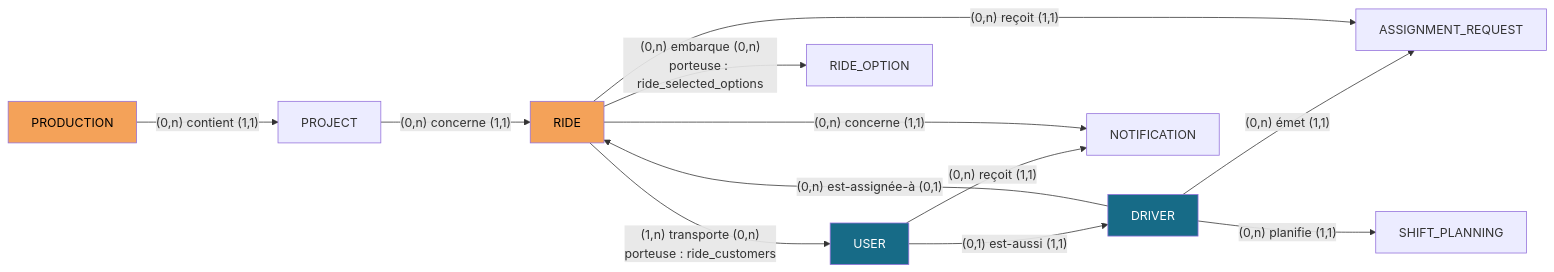
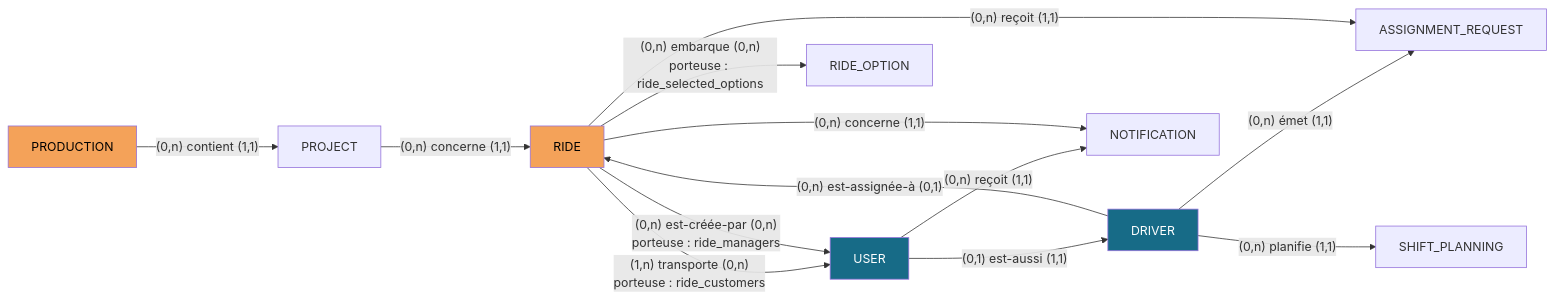
The diagram in documents/dossiers/dossierProjet/annexes/mcd-complet.md (Mamoru-fr/AMT-Express), drawn with Mermaid before and after one commit.

Commit message:
docs(annexes): #15 MCD — relation USER/RIDE porteuse ride_managers ajoutée

````diff
--- a/documents/dossiers/dossierProjet/annexes/mcd-complet.md
+++ b/documents/dossiers/dossierProjet/annexes/mcd-complet.md
@@ -5,18 +5,19 @@
 ```mermaid
 flowchart LR
     PROD[PRODUCTION] -- "(0,n) contient (1,1)" --> PROJ[PROJECT]
     PROJ -- "(0,n) concerne (1,1)" --> RIDE
     USER -- "(0,1) est-aussi (1,1)" --> DRV[DRIVER]
     DRV -- "(0,n) est-assignée-à (0,1)" --> RIDE
     DRV -- "(0,n) émet (1,1)" --> AR[ASSIGNMENT_REQUEST]
     RIDE -- "(0,n) reçoit (1,1)" --> AR
     RIDE -- "(1,n) transporte (0,n)<br/>porteuse : ride_customers" --> USER
+    RIDE -- "(0,n) est-créée-par (0,n)<br/>porteuse : ride_managers" --> USER
     RIDE -- "(0,n) embarque (0,n)<br/>porteuse : ride_selected_options" --> ROPT[RIDE_OPTION]
     DRV -- "(0,n) planifie (1,1)" --> SHP[SHIFT_PLANNING]
     USER -- "(0,n) reçoit (1,1)" --> NT[NOTIFICATION]
     RIDE -- "(0,n) concerne (1,1)" --> NT
     style PROD fill:#F4A259,color:#000
     style RIDE fill:#F4A259,color:#000
     style USER fill:#176B87,color:#fff
     style DRV fill:#176B87,color:#fff
 ```
````
